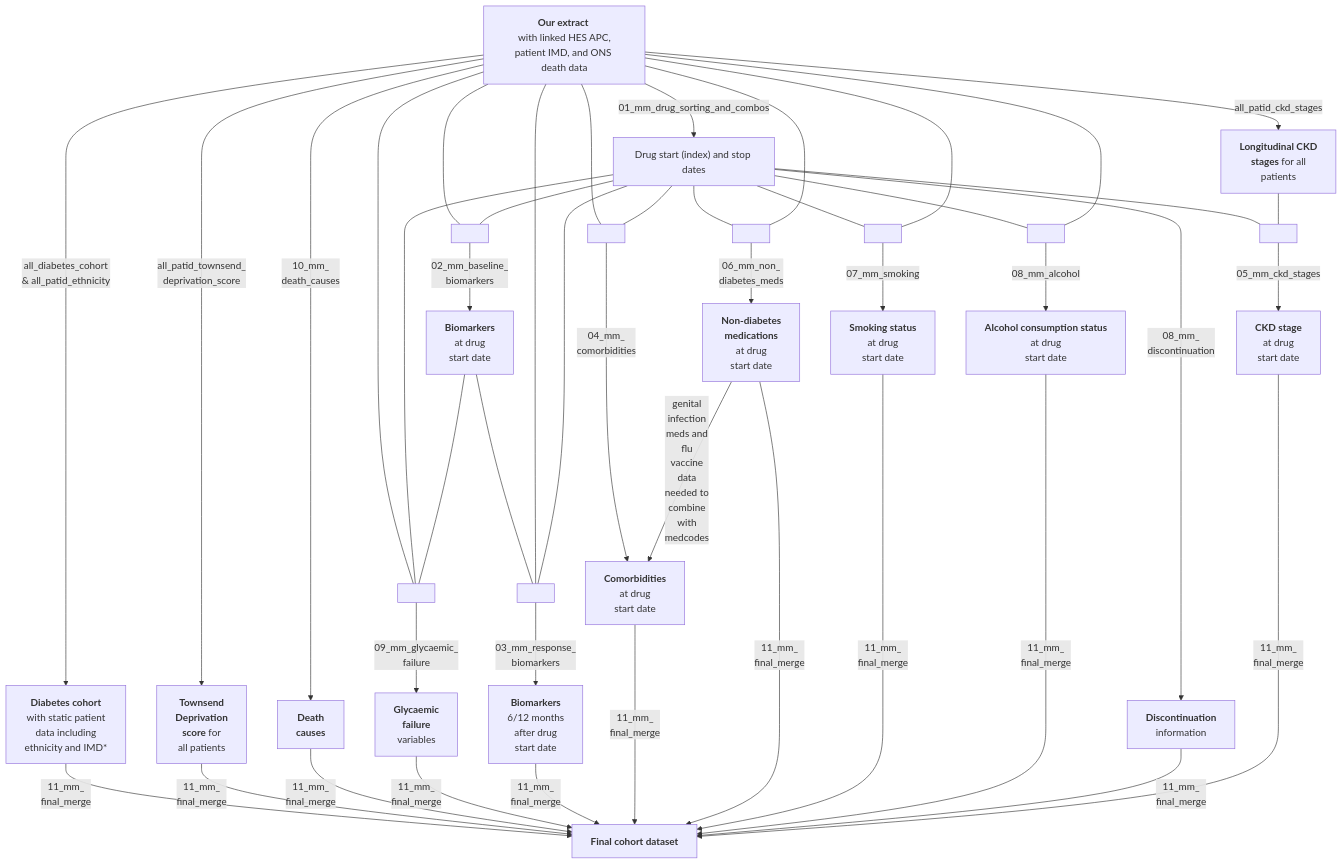
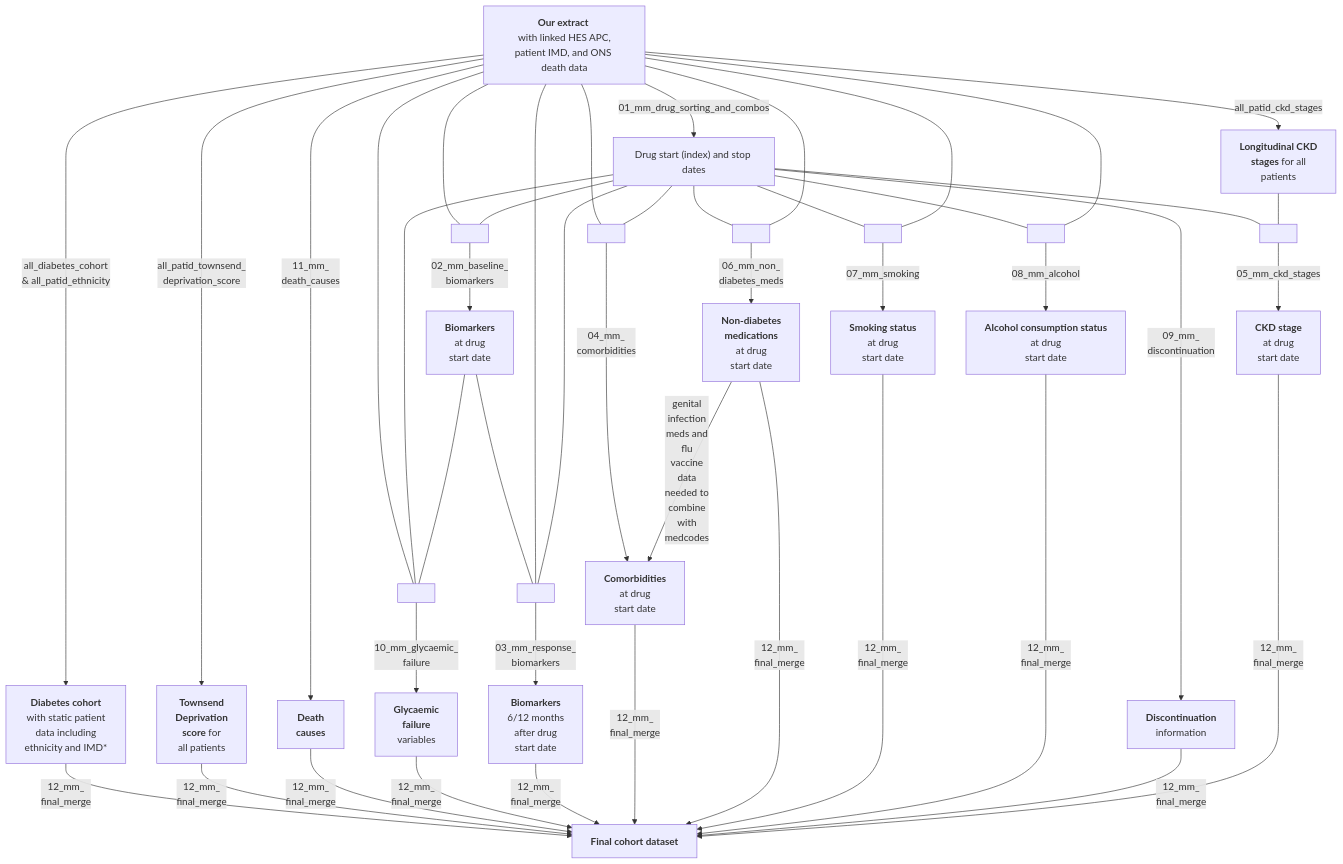
Before and after one commit to Exeter-Diabetes/CPRD-Cohort-scripts: the diagram in 03-Treatment-response-(MASTERMIND)/README.md, drawn with Mermaid.

````diff
--- a/03-Treatment-response-(MASTERMIND)/README.md
+++ b/03-Treatment-response-(MASTERMIND)/README.md
@@ -20,59 +20,59 @@
 ```mermaid
 graph TD;
     A["<b>Our extract</b> <br> with linked HES APC, patient IMD, and ONS death data"] --> |"all_diabetes_cohort <br> & all_patid_ethnicity"|B["<b>Diabetes cohort<br></b> with static patient <br>data including <br>ethnicity and IMD*"]
     A-->|"all_patid_townsend_<br>deprivation_score"|N["<b>Townsend<br> Deprivation<br>score</b> for<br> all patients"]
-    A-->|"10_mm_<br>death_causes"|O["<b>Death<br>causes</b>"]
+    A-->|"11_mm_<br>death_causes"|O["<b>Death<br>causes</b>"]
     A-->|"01_mm_drug_sorting_and_combos"|H["Drug start (index) and stop dates"]
 
     A---P[ ]:::empty
     H---P
     E---P
-    P-->|"09_mm_glycaemic_<br>failure"|Q["<b>Glycaemic<br>failure</b><br>variables"]
+    P-->|"10_mm_glycaemic_<br>failure"|Q["<b>Glycaemic<br>failure</b><br>variables"]
 
     A---Y[ ]:::empty
     H---Y
     Y-->|"02_mm_baseline_<br>biomarkers"|E["<b>Biomarkers</b> <br> at drug <br> start date"]
 
     E---T[ ]:::empty
     A---T
     H---T
     T-->|"03_mm_response_<br>biomarkers"|L["<b>Biomarkers</b> <br> 6/12 months <br> after drug <br>start date"]
     
     A---W[ ]:::empty
     H---W
     W-->|"04_mm_<br>comorbidities"|F["<b>Comorbidities</b> <br> at drug <br> start date"]
     
     H---U[ ]:::empty
     A---U
     U-->|"06_mm_non_<br>diabetes_meds"|M["<b>Non-diabetes <br>medications</b> <br> at drug <br> start date"]
     
     M-->|"genital<br>infection<br>meds and<br>flu<br>vaccine<br>data<br>needed to<br>combine<br>with<br>medcodes"|F
     
     H---X[ ]:::empty
     A---X
     X-->|"07_mm_smoking"|G["<b>Smoking status</b> <br> at drug <br> start date"]
     
-    H-->|"08_mm_<br>discontinuation"|V["<b>Discontinuation</b><br> information"]
+    H-->|"09_mm_<br>discontinuation"|V["<b>Discontinuation</b><br> information"]
 
     H---R[ ]:::empty
     A---R
     R-->|"08_mm_alcohol"|D["<b>Alcohol consumption status</b> <br> at drug <br> start date"]
  
     A-->|"all_patid_ckd_stages"|C["<b>Longitudinal CKD <br> stages</b> for all <br> patients"]
     H---Z[ ]:::empty
     C---Z
     Z-->|"05_mm_ckd_stages"|I["<b>CKD stage </b> <br> at drug <br> start date"]
     
     
-    B-->|"11_mm_<br>final_merge"|J["<b>Final cohort dataset</b>"]
-    N-->|"11_mm_<br>final_merge"|J
-    O-->|"11_mm_<br>final_merge"|J
-    Q-->|"11_mm_<br>final_merge"|J
-    L-->|"11_mm_<br>final_merge"|J
-    F-->|"11_mm_<br>final_merge"|J
-    M-->|"11_mm_<br>final_merge"|J  
-    G-->|"11_mm_<br>final_merge"|J
-    D-->|"11_mm_<br>final_merge"|J
-    V-->|"11_mm_<br>final_merge"|J
-    I-->|"11_mm_<br>final_merge"|J  
+    B-->|"12_mm_<br>final_merge"|J["<b>Final cohort dataset</b>"]
+    N-->|"12_mm_<br>final_merge"|J
+    O-->|"12_mm_<br>final_merge"|J
+    Q-->|"12_mm_<br>final_merge"|J
+    L-->|"12_mm_<br>final_merge"|J
+    F-->|"12_mm_<br>final_merge"|J
+    M-->|"12_mm_<br>final_merge"|J  
+    G-->|"12_mm_<br>final_merge"|J
+    D-->|"12_mm_<br>final_merge"|J
+    V-->|"12_mm_<br>final_merge"|J
+    I-->|"12_mm_<br>final_merge"|J  
 ```
````
